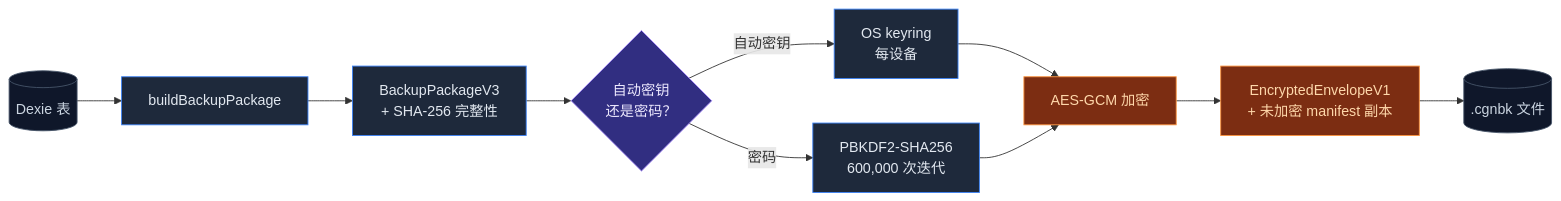
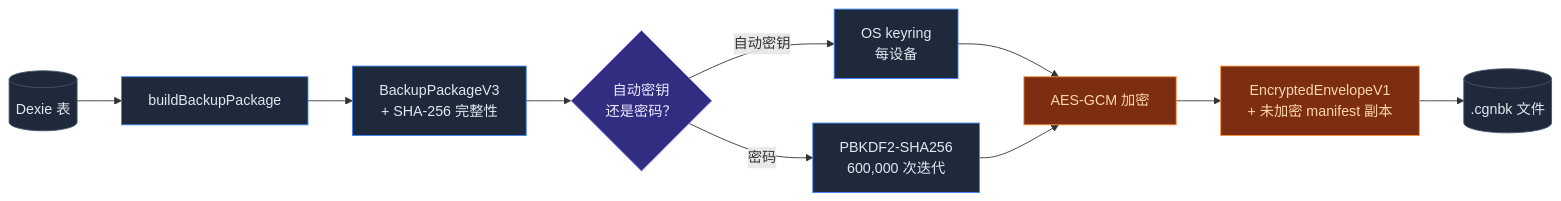
The first of 2 diagrams in docs/content/docs/zh/backup-and-data.mdx (MaxQian888/cognia-next), drawn with Mermaid before and after one commit. The commit also changed other lines of this file and 211 other files, not shown here.

````diff
--- a/docs/content/docs/zh/backup-and-data.mdx
+++ b/docs/content/docs/zh/backup-and-data.mdx
@@ -122,23 +150,23 @@
 ```mermaid
 flowchart LR
   Dexie[(Dexie 表)] --> BP[buildBackupPackage]
   BP --> PKG[BackupPackageV3<br/>+ SHA-256 完整性]
 
   PKG --> AUTO{自动密钥<br/>还是密码？}
   AUTO -->|自动密钥| K1[OS keyring<br/>每设备]
   AUTO -->|密码| K2[PBKDF2-SHA256<br/>600,000 次迭代]
 
   K1 --> ENC[AES-GCM 加密]
   K2 --> ENC
   ENC --> ENV[EncryptedEnvelopeV1<br/>+ 未加密 manifest 副本]
   ENV --> FILE[(.cgnbk 文件)]
 
-  classDef tbl fill:#0f172a,stroke:#475569,color:#cbd5e1
+  classDef tbl fill:#1e293b,stroke:#475569,color:#e2e8f0
   classDef step fill:#1e293b,stroke:#3b82f6,color:#e2e8f0
   classDef gate fill:#312e81,stroke:#a78bfa,color:#ede9fe
   classDef enc fill:#7c2d12,stroke:#fb923c,color:#fed7aa
   class Dexie,FILE tbl
   class BP,PKG,K1,K2 step
   class AUTO gate
   class ENC,ENV enc
 ```
````
